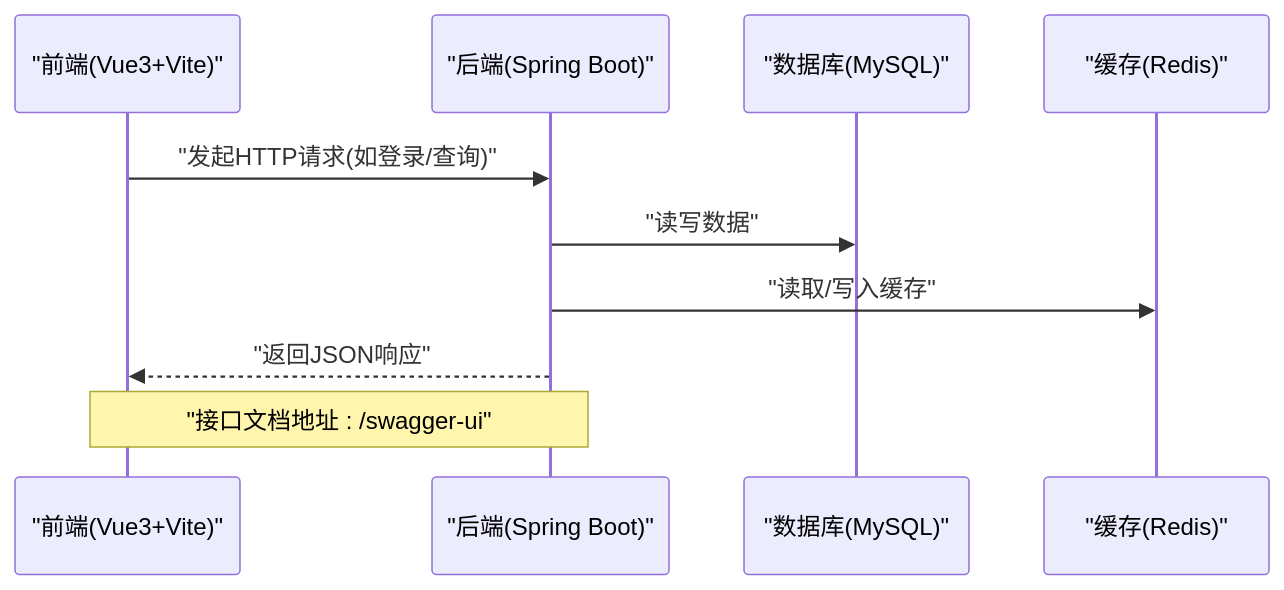
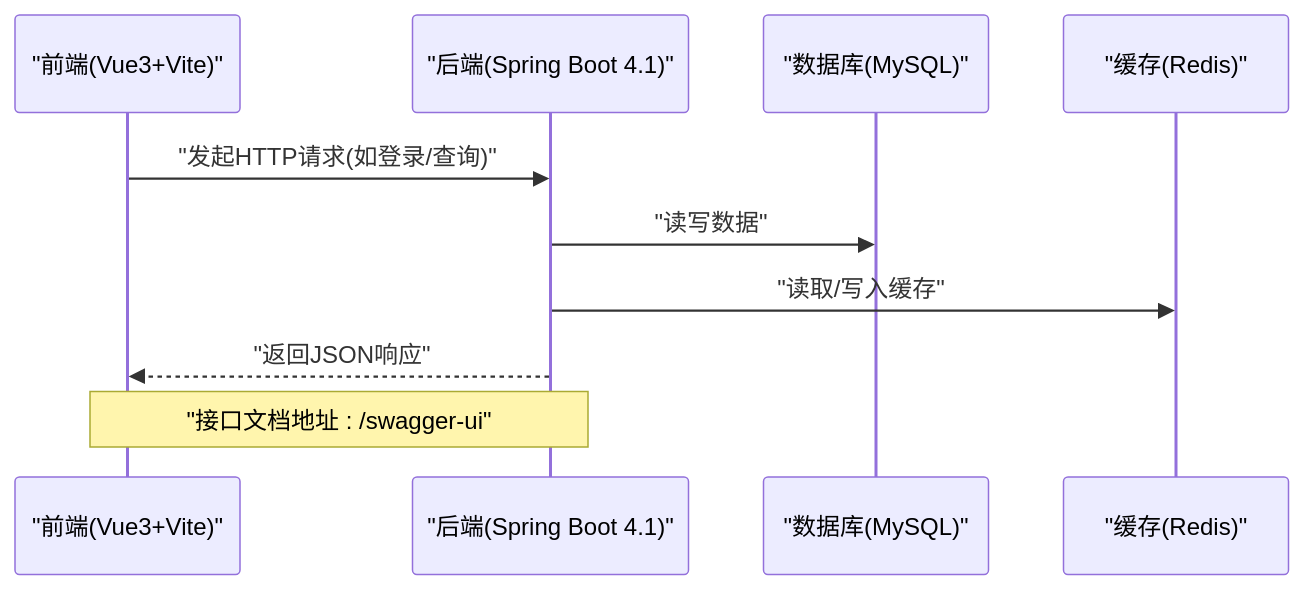
The second of 3 diagrams in .qoder/repowiki/zh/content/快速开始.md (D2Moqi/open-ipcc), drawn with Mermaid before and after one commit. The commit also changed other lines of this file and 577 other files, not shown here.

````diff
--- a/.qoder/repowiki/zh/content/快速开始.md
+++ b/.qoder/repowiki/zh/content/快速开始.md
@@ -223,12 +241,12 @@
 ```mermaid
 sequenceDiagram
 participant FE as "前端(Vue3+Vite)"
-participant BE as "后端(Spring Boot)"
+participant BE as "后端(Spring Boot 4.1)"
 participant DB as "数据库(MySQL)"
 participant Cache as "缓存(Redis)"
 FE->>BE : "发起HTTP请求(如登录/查询)"
 BE->>DB : "读写数据"
 BE->>Cache : "读取/写入缓存"
 BE-->>FE : "返回JSON响应"
 Note over FE,BE : "接口文档地址 : /swagger-ui"
 ```
````
